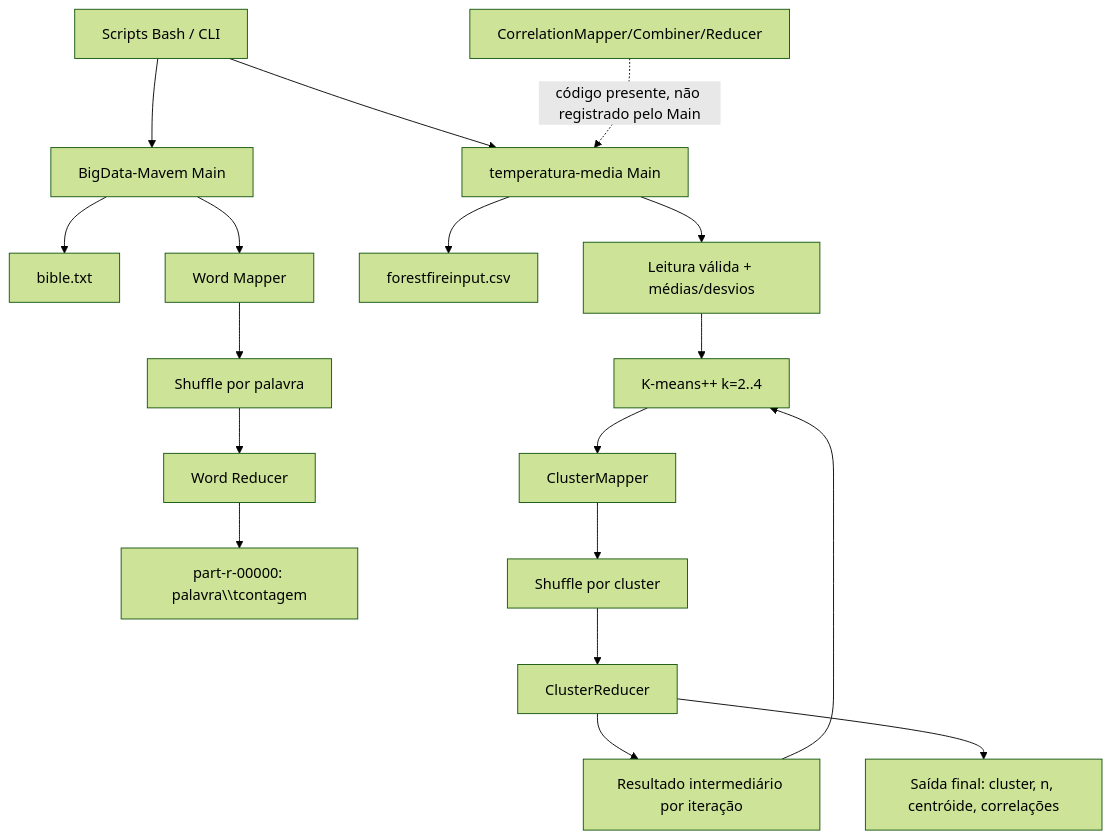
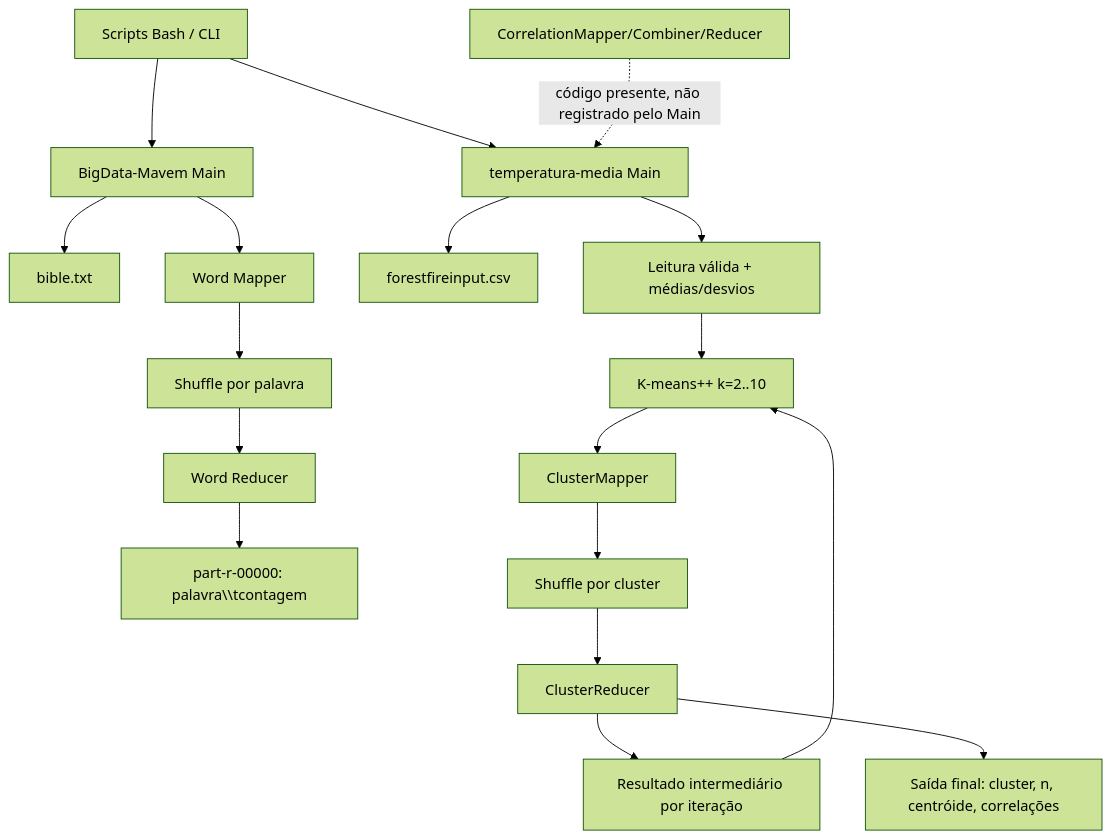
One commit to LucasAioriaSerpa/Big-data changed the diagram in doc/architecture-diagram.md. Above: the diagram before and after it, drawn with Mermaid (forest theme). The commit also changed other lines of this file and 26 other files, not shown here.

````diff
--- a/doc/architecture-diagram.md
+++ b/doc/architecture-diagram.md
@@ -3,22 +3,22 @@
 ```mermaid
 flowchart TD
   S[Scripts Bash / CLI] --> W[BigData-Mavem Main]
   W --> WI[bible.txt]
   W --> WM[Word Mapper]
   WM --> WS[Shuffle por palavra]
   WS --> WR[Word Reducer]
   WR --> WO[part-r-00000: palavra\\tcontagem]
 
   S --> F[temperatura-media Main]
   F --> FI[forestfireinput.csv]
   F --> PRE[Leitura válida + médias/desvios]
-  PRE --> KP[K-means++ k=2..4]
+  PRE --> KP[K-means++ k=2..10]
   KP --> CM[ClusterMapper]
   CM --> CS[Shuffle por cluster]
   CS --> CR[ClusterReducer]
   CR --> IR[Resultado intermediário por iteração]
   IR --> KP
   CR --> FO[Saída final: cluster, n, centróide, correlações]
 
   LEG[CorrelationMapper/Combiner/Reducer] -. código presente, não registrado pelo Main .-> F
 ```
````
